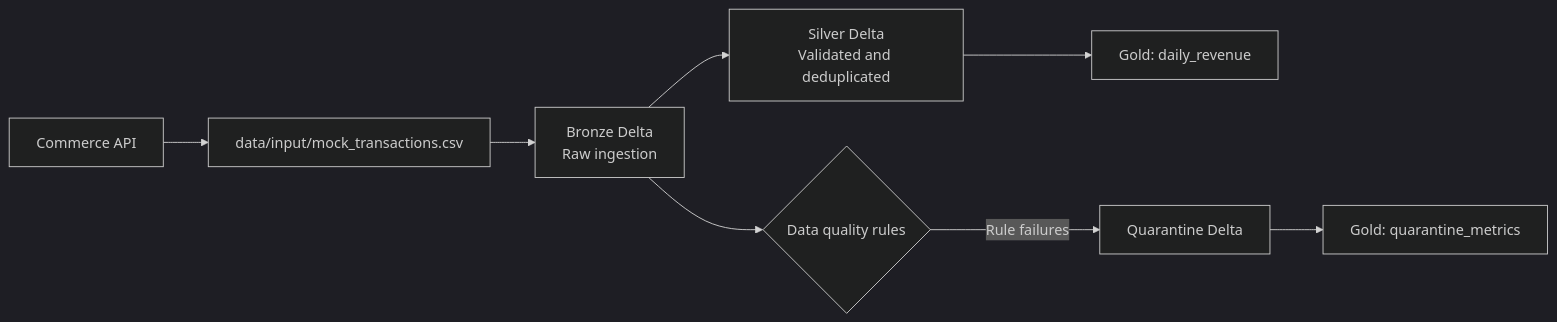
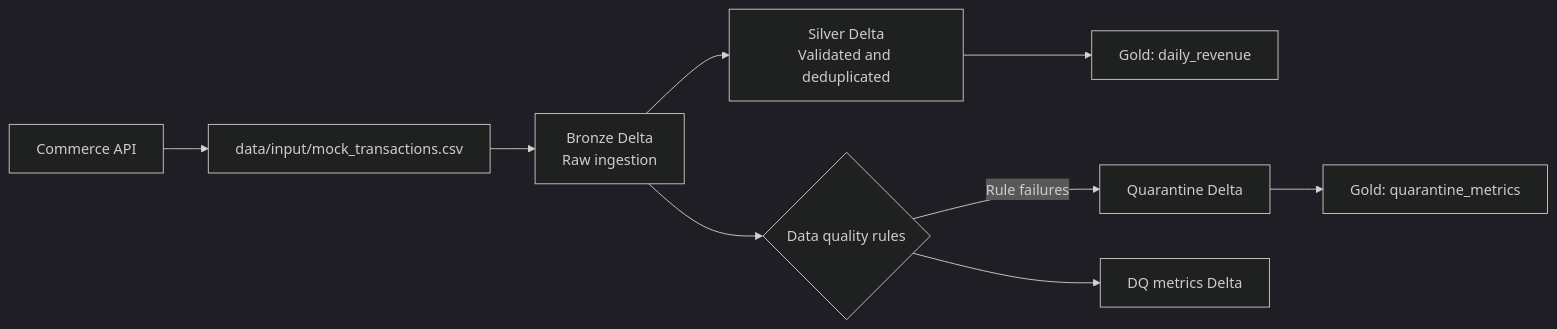
One commit to chandanxpaul/data-quality-pyspark changed the diagram in README.md. Above: the diagram before and after it, drawn with Mermaid (dark theme). The commit also changed other lines of this file and 11 other files, not shown here.

````diff
--- a/README.md
+++ b/README.md
@@ -9,10 +9,11 @@
 ```mermaid
 flowchart LR
     API[Commerce API] --> Input[data/input/mock_transactions.csv]
     Input --> Bronze[Bronze Delta\nRaw ingestion]
     Bronze --> Silver[Silver Delta\nValidated and deduplicated]
     Silver --> Daily[Gold: daily_revenue]
     Bronze --> Rules{Data quality rules}
     Rules -->|Rule failures| Quarantine[Quarantine Delta]
+    Rules --> DQMetrics[DQ metrics Delta]
     Quarantine --> Metrics[Gold: quarantine_metrics]
 ```
````
